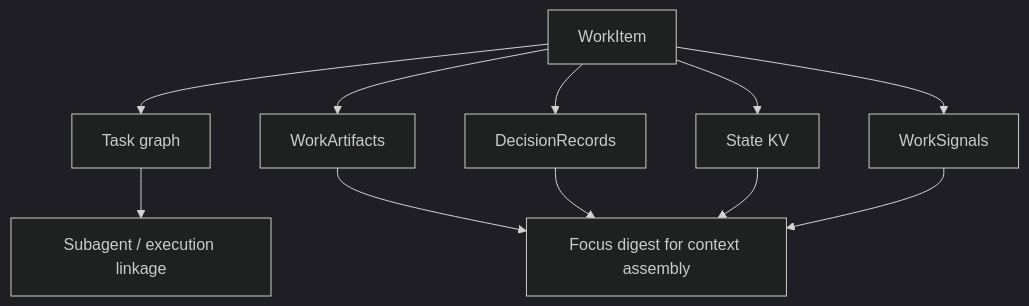
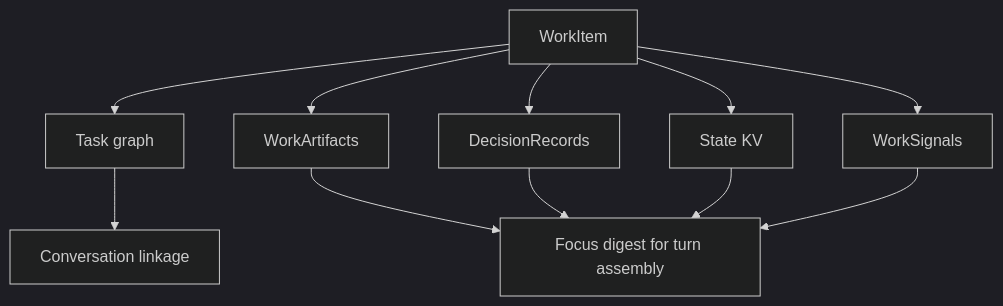
Before and after one commit to tyrumai/tyrum: the diagram in docs/architecture/agent/workboard/durable-work-state.md, drawn with Mermaid (dark theme). The commit also changed other lines of this file and 56 other files, not shown here.

Commit message:
docs: rewrite architecture around conversations and turns (#1829)

````diff
--- a/docs/architecture/agent/workboard/durable-work-state.md
+++ b/docs/architecture/agent/workboard/durable-work-state.md
@@ -17,13 +17,13 @@
 ```mermaid
 flowchart TB
   Item["WorkItem"] --> Tasks["Task graph"]
   Item --> Artifact["WorkArtifacts"]
   Item --> Decision["DecisionRecords"]
   Item --> Signal["WorkSignals"]
   Item --> KV["State KV"]
-  Tasks --> Subagent["Subagent / execution linkage"]
-  Artifact --> Digest["Focus digest for context assembly"]
+  Tasks --> Conv["Conversation linkage"]
+  Artifact --> Digest["Focus digest for turn assembly"]
   Decision --> Digest
   KV --> Digest
   Signal --> Digest
 ```
````
